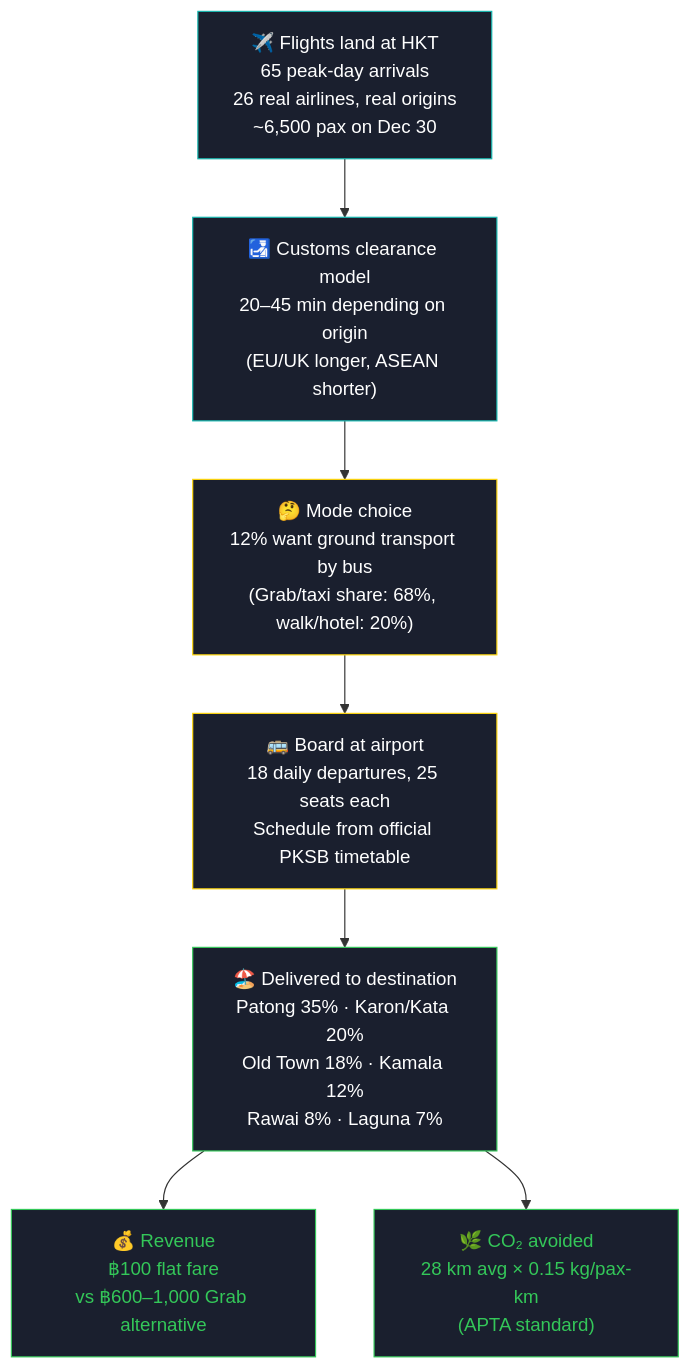
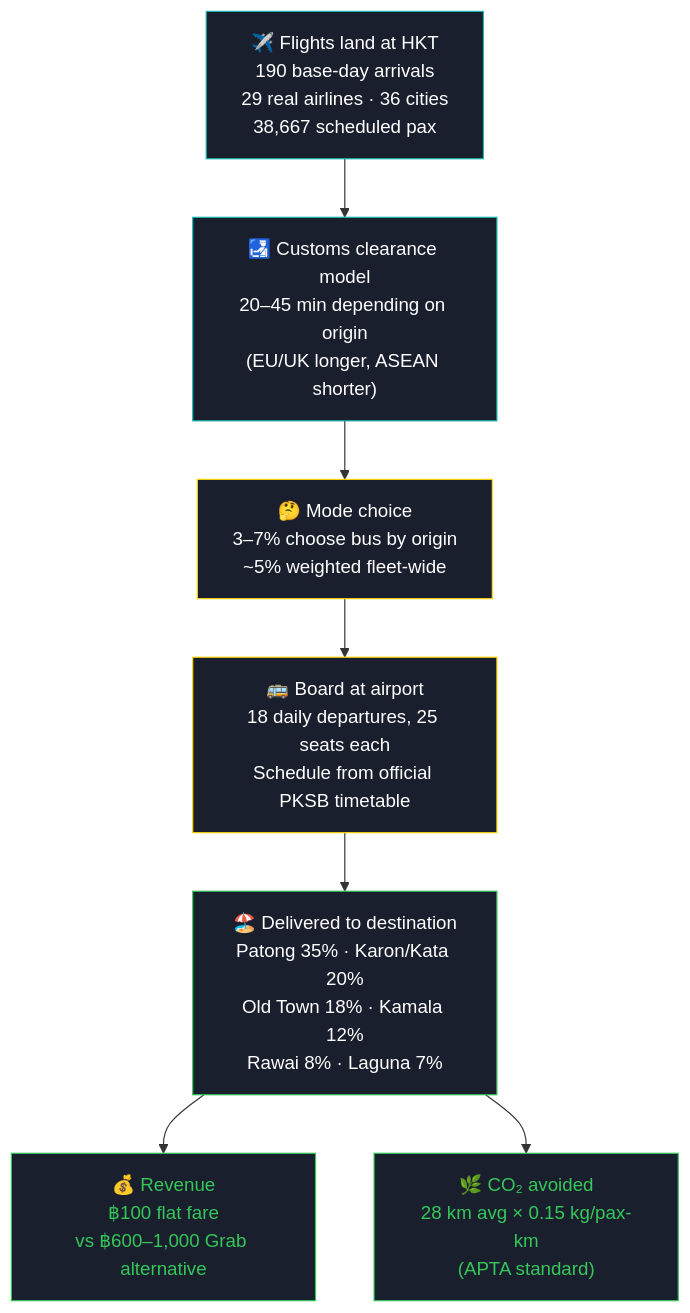
One commit to Nonarkara/phuket-smart-bus changed the second of 5 diagrams in README.md. Above: the diagram before and after it, drawn with Mermaid. The commit also changed other lines of this file and 13 other files, not shown here.

````diff
--- a/README.md
+++ b/README.md
@@ -86,21 +86,21 @@
 ```mermaid
 flowchart TD
-    F["✈️ Flights land at HKT\n65 peak-day arrivals\n26 real airlines, real origins\n~6,500 pax on Dec 30"]
+    F["✈️ Flights land at HKT\n190 base-day arrivals\n29 real airlines · 36 cities\n38,667 scheduled pax"]
     C["🛃 Customs clearance model\n20–45 min depending on origin\n(EU/UK longer, ASEAN shorter)"]
-    D["🤔 Mode choice\n12% want ground transport by bus\n(Grab/taxi share: 68%, walk/hotel: 20%)"]
+    D["🤔 Mode choice\n3–7% choose bus by origin\n~5% weighted fleet-wide"]
     B["🚌 Board at airport\n18 daily departures, 25 seats each\nSchedule from official PKSB timetable"]
     T["🏖️ Delivered to destination\nPatong 35% · Karon/Kata 20%\nOld Town 18% · Kamala 12%\nRawai 8% · Laguna 7%"]
     R["💰 Revenue\n฿100 flat fare\nvs ฿600–1,000 Grab alternative"]
     E["🌿 CO₂ avoided\n28 km avg × 0.15 kg/pax-km\n(APTA standard)"]
 
     F --> C --> D --> B --> T --> R
     T --> E
 
     style F fill:#1a1f2e,color:#fff,stroke:#16b8b0
     style C fill:#1a1f2e,color:#fff,stroke:#16b8b0
     style D fill:#1a1f2e,color:#fff,stroke:#ffd60a
     style B fill:#1a1f2e,color:#fff,stroke:#ffd60a
     style T fill:#1a1f2e,color:#fff,stroke:#34c759
     style R fill:#1a1f2e,color:#34c759,stroke:#34c759
     style E fill:#1a1f2e,color:#34c759,stroke:#34c759
 ```
````
